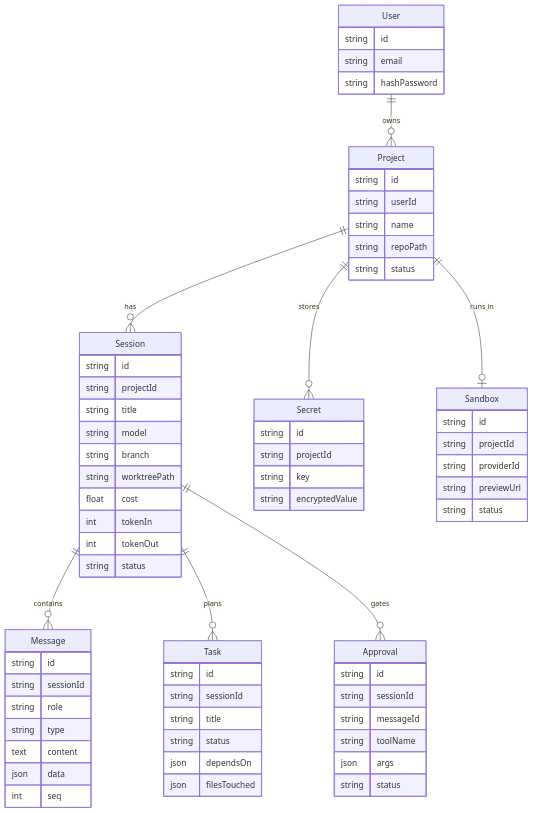
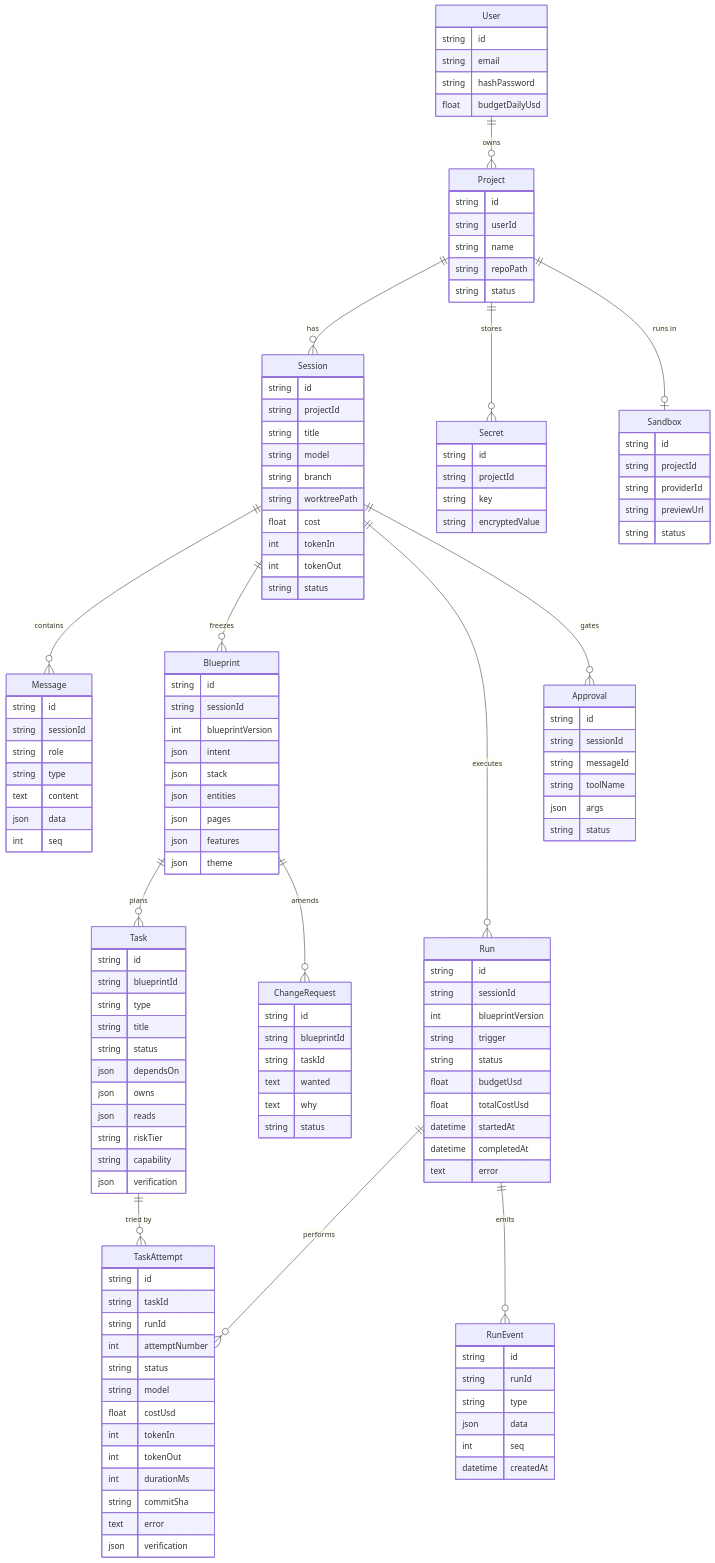
One commit to vibhuxyz/Appwright changed the second of 3 diagrams in docs/ARCHITECTURE.md. Above: the diagram before and after it, drawn with Mermaid. The commit also changed other lines of this file and 30 other files, not shown here.

````diff
--- a/docs/ARCHITECTURE.md
+++ b/docs/ARCHITECTURE.md
@@ -917,19 +1072,30 @@
 ```mermaid
 erDiagram
     User ||--o{ Project : owns
     Project ||--o{ Session : has
     Session ||--o{ Message : contains
-    Session ||--o{ Task : plans
+    Session ||--o{ Blueprint : freezes
+    Session ||--o{ Run : executes
+    Blueprint ||--o{ Task : plans
+    Blueprint ||--o{ ChangeRequest : amends
+    Task ||--o{ TaskAttempt : "tried by"
+    Run ||--o{ TaskAttempt : performs
+    Run ||--o{ RunEvent : emits
     Session ||--o{ Approval : gates
     Project ||--o{ Secret : stores
     Project ||--o| Sandbox : "runs in"
 
-    User { string id string email string hashPassword }
+    User { string id string email string hashPassword float budgetDailyUsd }
     Project { string id string userId string name string repoPath string status }
     Session { string id string projectId string title string model string branch string worktreePath float cost int tokenIn int tokenOut string status }
     Message { string id string sessionId string role string type text content json data int seq }
-    Task { string id string sessionId string title string status json dependsOn json filesTouched }
+    Blueprint { string id string sessionId int blueprintVersion json intent json stack json entities json pages json features json theme }
+    Task { string id string blueprintId string type string title string status json dependsOn json owns json reads string riskTier string capability json verification }
+    Run { string id string sessionId int blueprintVersion string trigger string status float budgetUsd float totalCostUsd datetime startedAt datetime completedAt text error }
+    TaskAttempt { string id string taskId string runId int attemptNumber string status string model float costUsd int tokenIn int tokenOut int durationMs string commitSha text error json verification }
+    RunEvent { string id string runId string type json data int seq datetime createdAt }
+    ChangeRequest { string id string blueprintId string taskId text wanted text why string status }
     Approval { string id string sessionId string messageId string toolName json args string status }
     Sandbox { string id string projectId string providerId string previewUrl string status }
     Secret { string id string projectId string key string encryptedValue }
 ```
````
